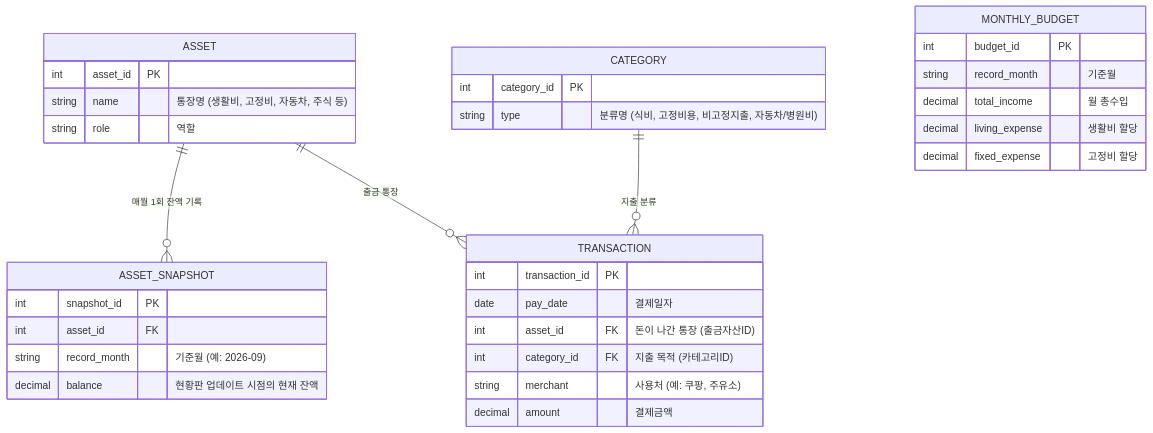
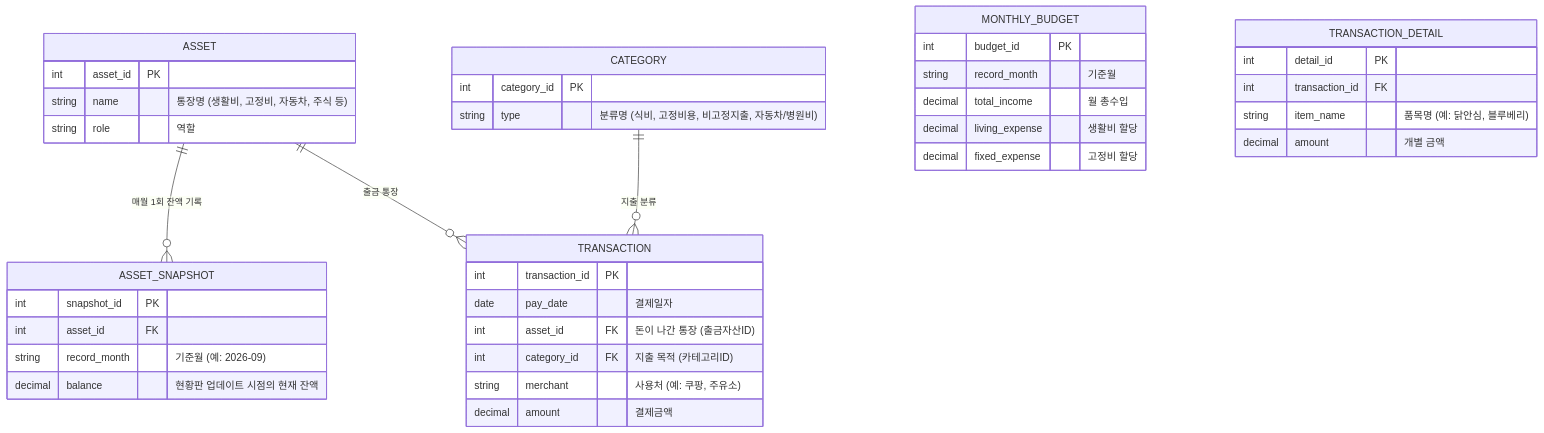
The diagram in README.md (cdcpp/honey-budget), drawn with Mermaid before and after one commit.

````diff
--- a/README.md
+++ b/README.md
@@ -18,41 +18,48 @@
 ```mermaid
 erDiagram
     ASSET ||--o{ ASSET_SNAPSHOT : "매월 1회 잔액 기록"
     ASSET ||--o{ TRANSACTION : "출금 통장"
     CATEGORY ||--o{ TRANSACTION : "지출 분류"
 
     ASSET {
         int asset_id PK
         string name "통장명 (생활비, 고정비, 자동차, 주식 등)"
         string role "역할"
     }
     
     ASSET_SNAPSHOT {
         int snapshot_id PK
         int asset_id FK
         string record_month "기준월 (예: 2026-09)"
         decimal balance "현황판 업데이트 시점의 현재 잔액"
     }
 
     MONTHLY_BUDGET {
         int budget_id PK
         string record_month "기준월"
         decimal total_income "월 총수입"
         decimal living_expense "생활비 할당"
         decimal fixed_expense "고정비 할당"
     }
 
     CATEGORY {
         int category_id PK
         string type "분류명 (식비, 고정비용, 비고정지출, 자동차/병원비)"
     }
 
     TRANSACTION {
         int transaction_id PK
         date pay_date "결제일자"
         int asset_id FK "돈이 나간 통장 (출금자산ID)"
         int category_id FK "지출 목적 (카테고리ID)"
         string merchant "사용처 (예: 쿠팡, 주유소)"
         decimal amount "결제금액"
     }
+
+    TRANSACTION_DETAIL {
+        int detail_id PK
+        int transaction_id FK
+        string item_name "품목명 (예: 닭안심, 블루베리)"
+        decimal amount "개별 금액"
+    }
 ```
````
